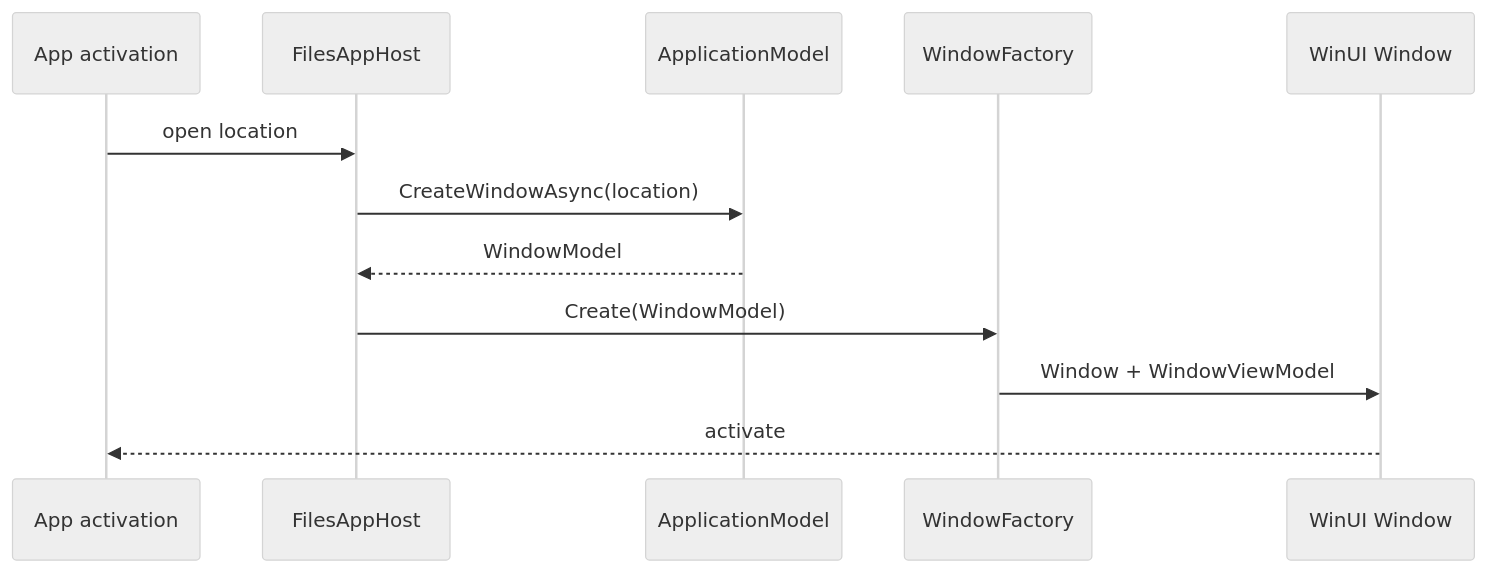
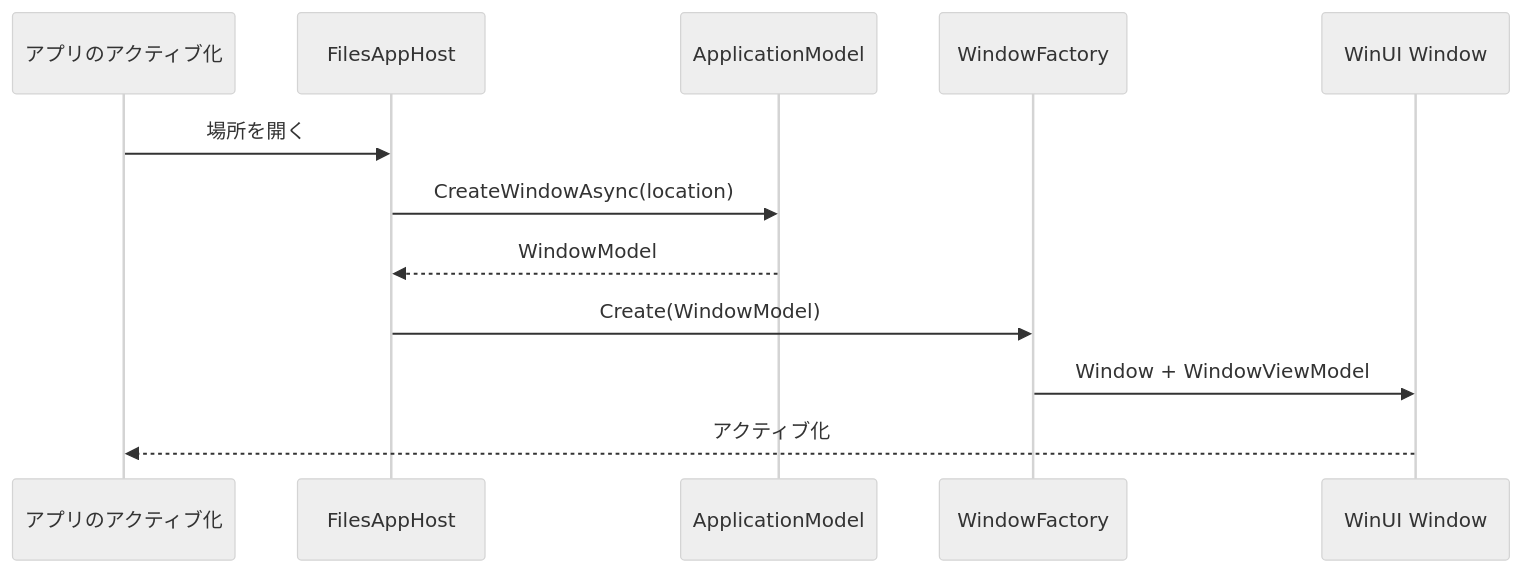
One commit to 0x5bfa/Files changed the fourth of 8 diagrams in docs/architecture/files-app.md. Above: the diagram before and after it, drawn with Mermaid (neutral theme). The commit also changed other lines of this file and 18 other files, not shown here.

Commit message:
Translate architecture docs to Japanese

````diff
--- a/docs/architecture/files-app.md
+++ b/docs/architecture/files-app.md
@@ -392,15 +361,15 @@
 ```mermaid
 sequenceDiagram
-    participant Activation as App activation
+    participant Activation as アプリのアクティブ化
     participant Host as FilesAppHost
     participant Core as ApplicationModel
     participant Factory as WindowFactory
     participant UI as WinUI Window
 
-    Activation->>Host: open location
+    Activation->>Host: 場所を開く
     Host->>Core: CreateWindowAsync(location)
     Core-->>Host: WindowModel
     Host->>Factory: Create(WindowModel)
     Factory->>UI: Window + WindowViewModel
-    UI-->>Activation: activate
+    UI-->>Activation: アクティブ化
 ```
````
